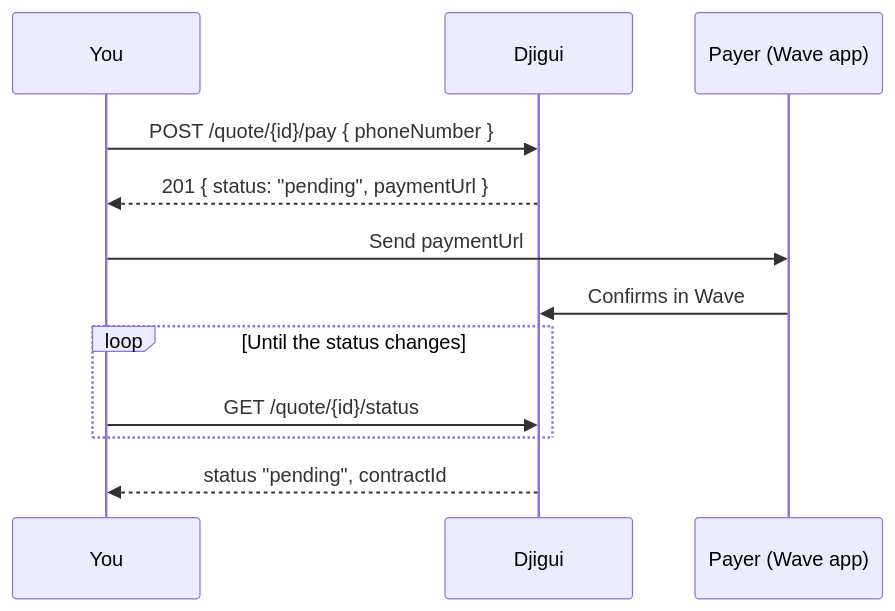
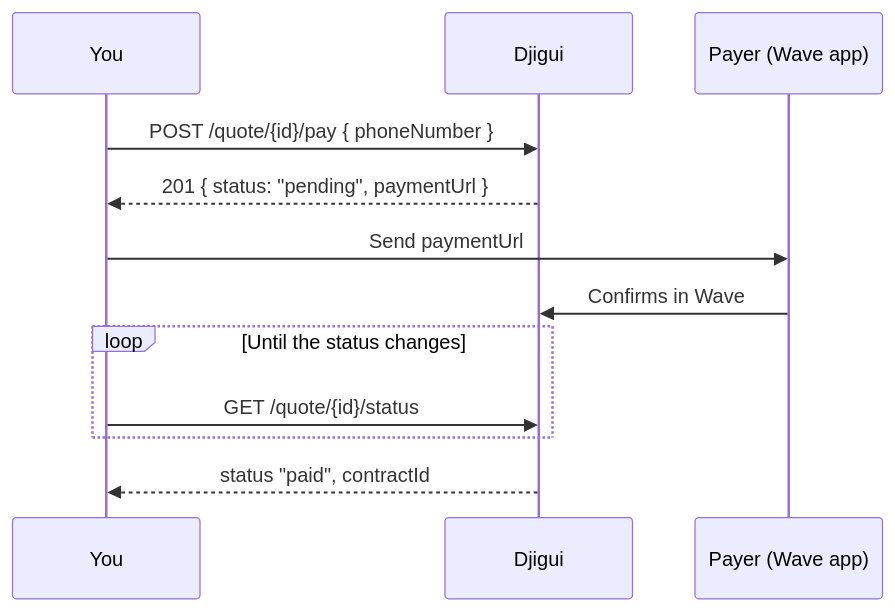
The diagram in guides/payments.mdx (djiguiapp/docs), drawn with Mermaid before and after one commit. The commit also changed other lines of this file and 12 other files, not shown here.

````diff
--- a/guides/payments.mdx
+++ b/guides/payments.mdx
@@ -15,14 +15,14 @@
 ```mermaid
 sequenceDiagram
     participant You
     participant Djigui
     participant Payer as Payer (Wave app)
     You->>Djigui: POST /quote/{id}/pay { phoneNumber }
     Djigui-->>You: 201 { status: "pending", paymentUrl }
     You->>Payer: Send paymentUrl
     Payer->>Djigui: Confirms in Wave
     loop Until the status changes
         You->>Djigui: GET /quote/{id}/status
     end
-    Djigui-->>You: status "pending", contractId
+    Djigui-->>You: status "paid", contractId
 ```
````
